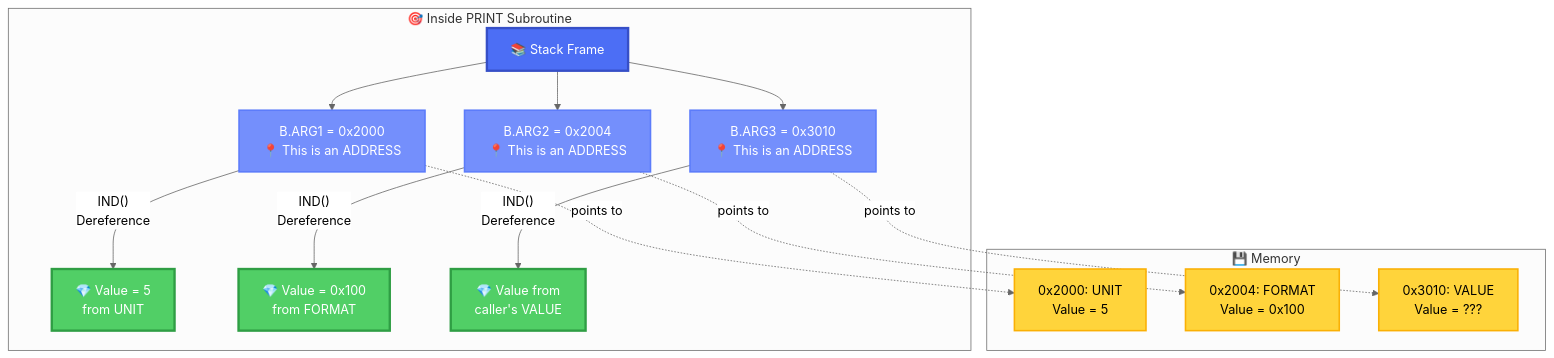
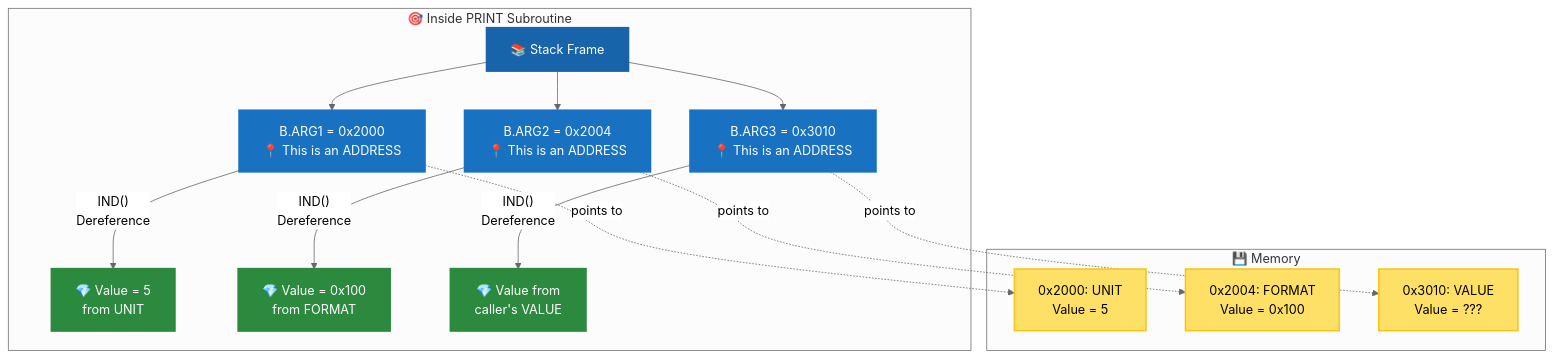
Diagram 15 of 25 in docs/CALL_and_ENTRY_Points_Explained.md (RetroCoreLabs/nd500x), drawn with Mermaid (neutral theme) before and after one commit. The commit also changed other lines of this file, not shown here.

First line of the commit message:
docs: Make Mermaid diagrams WCAG 2.1 Level AA compliant (EAA 2025)

````diff
--- a/docs/CALL_and_ENTRY_Points_Explained.md
+++ b/docs/CALL_and_ENTRY_Points_Explained.md
@@ -667,39 +667,39 @@
 ```mermaid
 graph TD
     subgraph "🎯 Inside PRINT Subroutine"
         SF["📚 Stack Frame"]
 
         ARG1["B.ARG1 = 0x2000<br/>📍 This is an ADDRESS"]
         ARG2["B.ARG2 = 0x2004<br/>📍 This is an ADDRESS"]
         ARG3["B.ARG3 = 0x3010<br/>📍 This is an ADDRESS"]
 
         SF --> ARG1
         SF --> ARG2
         SF --> ARG3
 
         ARG1 -->|"IND()<br/>Dereference"| V1["💎 Value = 5<br/>from UNIT"]
         ARG2 -->|"IND()<br/>Dereference"| V2["💎 Value = 0x100<br/>from FORMAT"]
         ARG3 -->|"IND()<br/>Dereference"| V3["💎 Value from<br/>caller's VALUE"]
     end
 
     subgraph "💾 Memory"
         M1["0x2000: UNIT<br/>Value = 5"]
         M2["0x2004: FORMAT<br/>Value = 0x100"]
         M3["0x3010: VALUE<br/>Value = ???"]
     end
 
     ARG1 -.->|"points to"| M1
     ARG2 -.->|"points to"| M2
     ARG3 -.->|"points to"| M3
 
-    style SF fill:#4c6ef5,stroke:#364fc7,stroke-width:3px,color:#fff
-    style ARG1 fill:#748ffc,stroke:#5c7cfa,stroke-width:2px,color:#fff
-    style ARG2 fill:#748ffc,stroke:#5c7cfa,stroke-width:2px,color:#fff
-    style ARG3 fill:#748ffc,stroke:#5c7cfa,stroke-width:2px,color:#fff
-    style V1 fill:#51cf66,stroke:#2f9e44,stroke-width:3px,color:#fff
-    style V2 fill:#51cf66,stroke:#2f9e44,stroke-width:3px,color:#fff
-    style V3 fill:#51cf66,stroke:#2f9e44,stroke-width:3px,color:#fff
-    style M1 fill:#ffd43b,stroke:#fab005,stroke-width:2px
-    style M2 fill:#ffd43b,stroke:#fab005,stroke-width:2px
-    style M3 fill:#ffd43b,stroke:#fab005,stroke-width:2px
+    style SF fill:#1864ab,stroke:#1864ab,stroke-width:3px,color:#fff
+    style ARG1 fill:#1971c2,stroke:#1971c2,stroke-width:2px,color:#fff
+    style ARG2 fill:#1971c2,stroke:#1971c2,stroke-width:2px,color:#fff
+    style ARG3 fill:#1971c2,stroke:#1971c2,stroke-width:2px,color:#fff
+    style V1 fill:#2b8a3e,stroke:#2b8a3e,stroke-width:3px,color:#fff
+    style V2 fill:#2b8a3e,stroke:#2b8a3e,stroke-width:3px,color:#fff
+    style V3 fill:#2b8a3e,stroke:#2b8a3e,stroke-width:3px,color:#fff
+    style M1 fill:#ffe066,stroke:#fcc419,stroke-width:2px,color:#000
+    style M2 fill:#ffe066,stroke:#fcc419,stroke-width:2px,color:#000
+    style M3 fill:#ffe066,stroke:#fcc419,stroke-width:2px,color:#000
 ```
````
